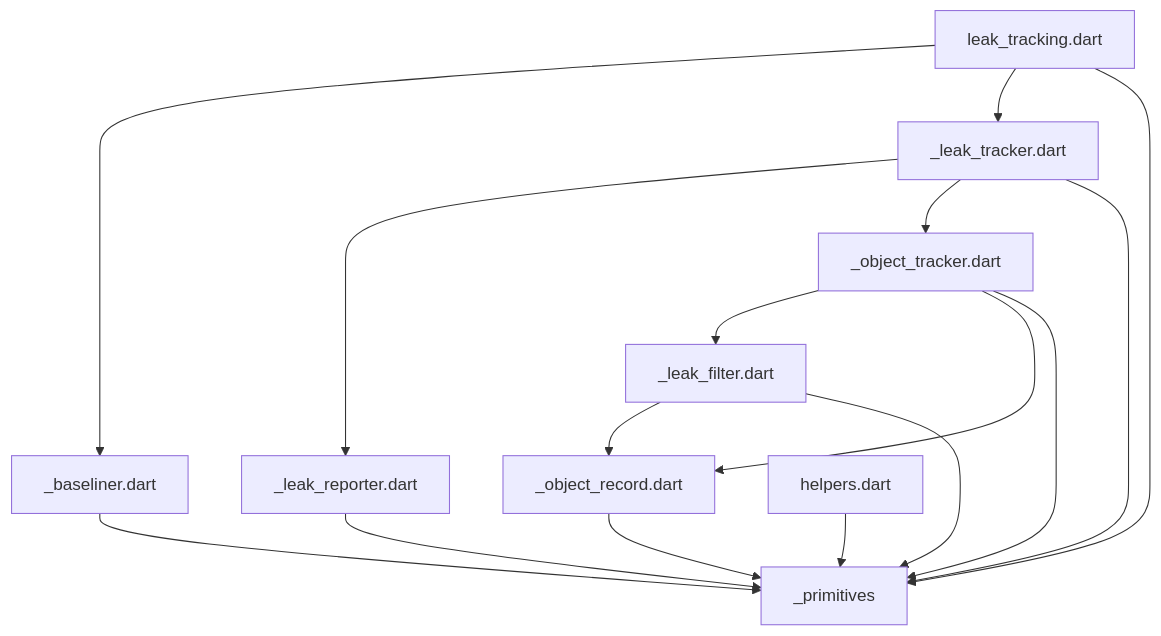
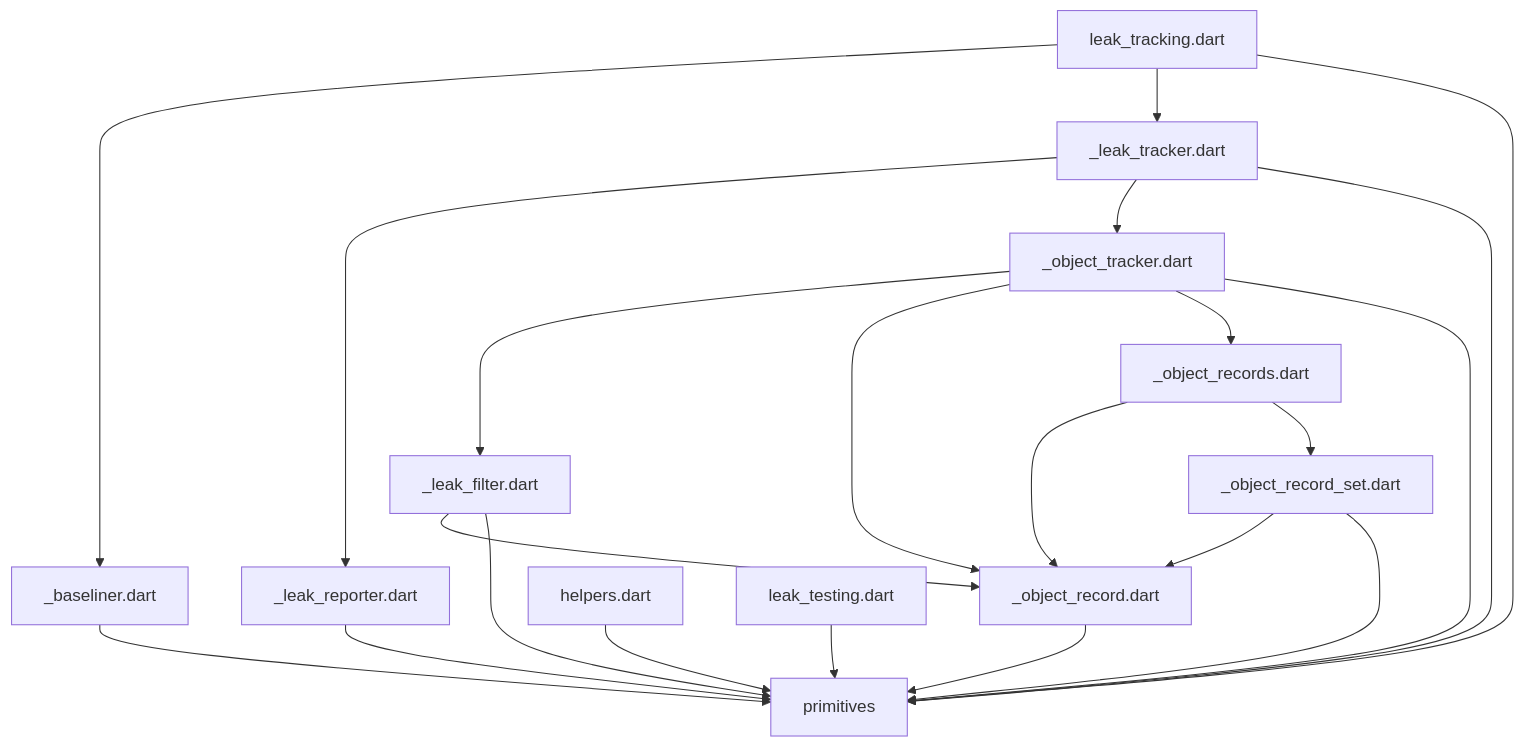
The diagram in pkgs/leak_tracker/lib/src/leak_tracking/DEPENDENCIES.md (dart-lang/leak_tracker), drawn with Mermaid before and after one commit. The commit also changed 39 other files, not shown here.

````diff
--- a/pkgs/leak_tracker/lib/src/leak_tracking/DEPENDENCIES.md
+++ b/pkgs/leak_tracker/lib/src/leak_tracking/DEPENDENCIES.md
@@ -6,18 +6,24 @@
 ```mermaid
 flowchart TD;
-_baseliner.dart-->_primitives;
+_baseliner.dart-->primitives;
 _leak_filter.dart-->_object_record.dart;
-_leak_filter.dart-->_primitives;
-_leak_reporter.dart-->_primitives;
+_leak_filter.dart-->primitives;
+_leak_reporter.dart-->primitives;
 _leak_tracker.dart-->_leak_reporter.dart;
 _leak_tracker.dart-->_object_tracker.dart;
-_leak_tracker.dart-->_primitives;
-_object_record.dart-->_primitives;
+_leak_tracker.dart-->primitives;
+_object_record.dart-->primitives;
+_object_record_set.dart-->_object_record.dart;
+_object_record_set.dart-->primitives;
+_object_records.dart-->_object_record.dart;
+_object_records.dart-->_object_record_set.dart;
 _object_tracker.dart-->_leak_filter.dart;
 _object_tracker.dart-->_object_record.dart;
-_object_tracker.dart-->_primitives;
-helpers.dart-->_primitives;
+_object_tracker.dart-->_object_records.dart;
+_object_tracker.dart-->primitives;
+helpers.dart-->primitives;
+leak_testing.dart-->primitives;
 leak_tracking.dart-->_baseliner.dart;
 leak_tracking.dart-->_leak_tracker.dart;
-leak_tracking.dart-->_primitives;
+leak_tracking.dart-->primitives;
 ```
````
